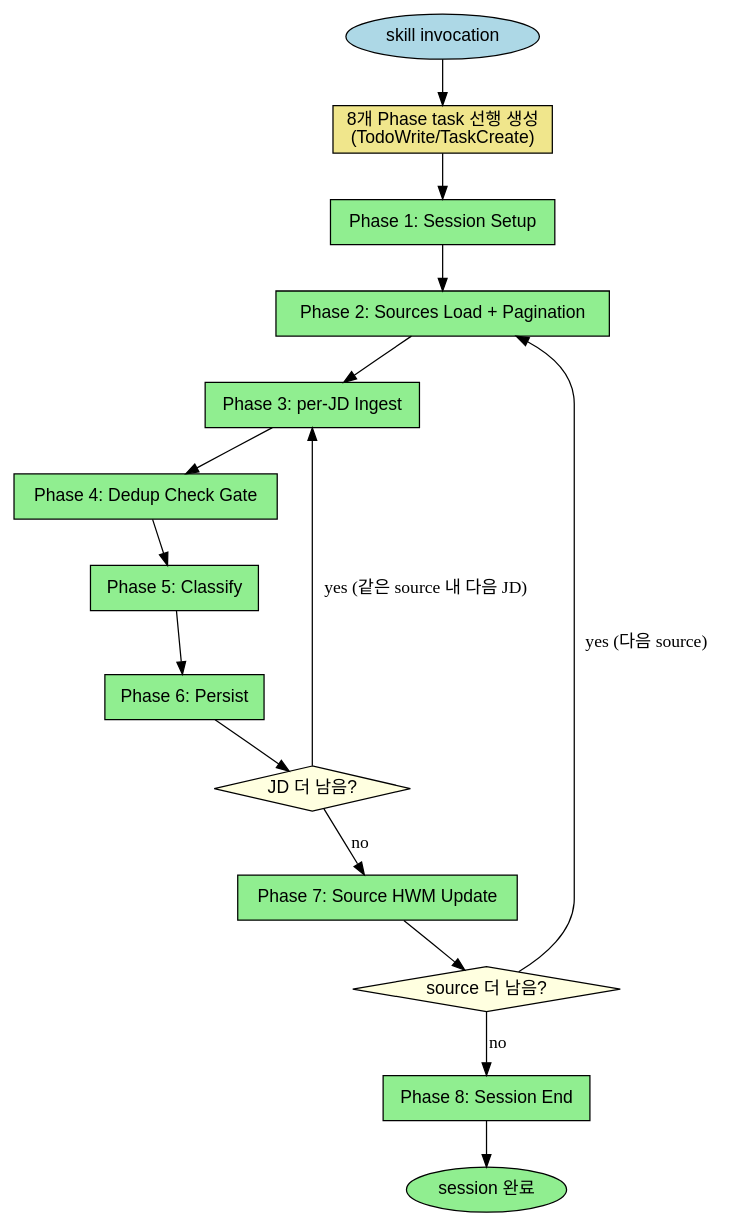
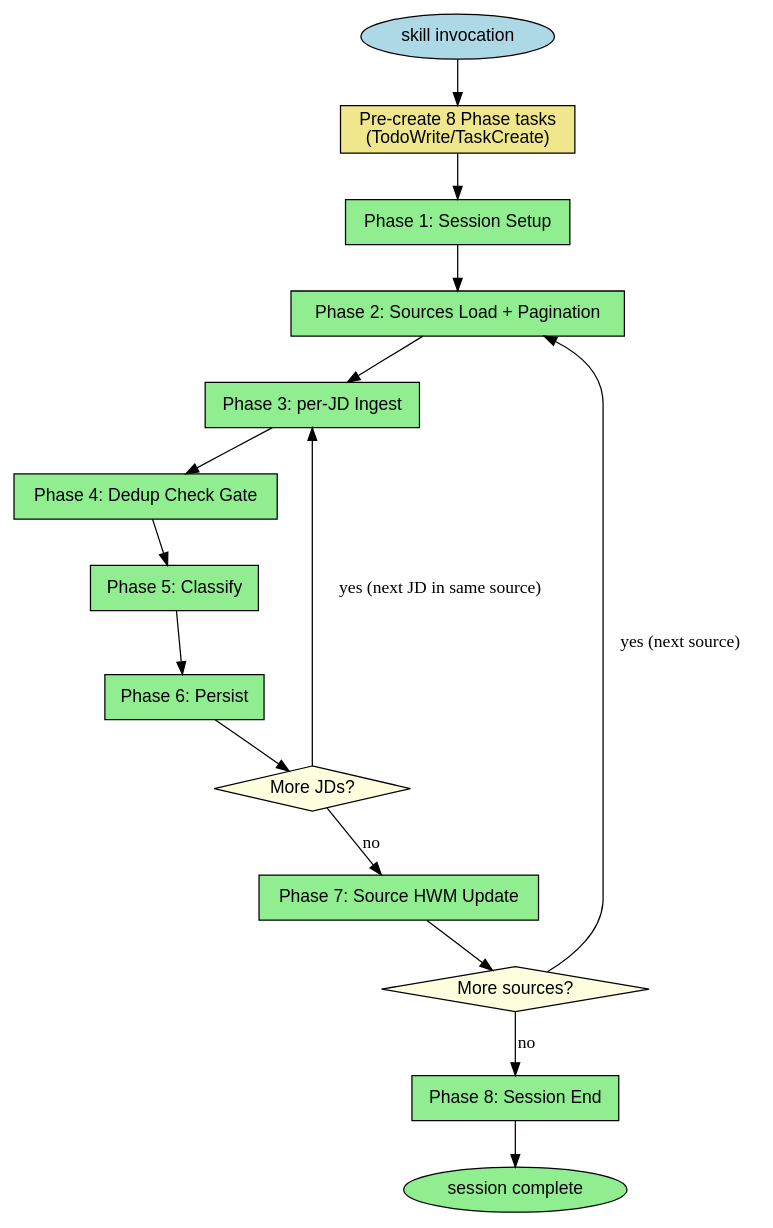
Before and after one commit to toongri/oh-my-toong-playground: the second of 8 diagrams in skills/collect-jd/reference/rules.md, drawn with Graphviz. The commit also changed other lines of this file and 3 other files, not shown here.

````diff
--- a/skills/collect-jd/reference/rules.md
+++ b/skills/collect-jd/reference/rules.md
@@ -139,35 +141,35 @@
 ```dot
 digraph phase_task_creation {
   rankdir=TB;
   node [shape=box, fontname="Helvetica"];
 
   trigger [label="skill invocation", shape=ellipse, style=filled, fillcolor=lightblue];
-  create_tasks [label="8개 Phase task 선행 생성\n(TodoWrite/TaskCreate)", style=filled, fillcolor=khaki];
+  create_tasks [label="Pre-create 8 Phase tasks\n(TodoWrite/TaskCreate)", style=filled, fillcolor=khaki];
   session_setup [label="Phase 1: Session Setup", style=filled, fillcolor=lightgreen];
   sources_load_pagination [label="Phase 2: Sources Load + Pagination", style=filled, fillcolor=lightgreen];
   per_jd_ingest [label="Phase 3: per-JD Ingest", style=filled, fillcolor=lightgreen];
   dedup [label="Phase 4: Dedup Check Gate", style=filled, fillcolor=lightgreen];
   classify [label="Phase 5: Classify", style=filled, fillcolor=lightgreen];
   persist [label="Phase 6: Persist", style=filled, fillcolor=lightgreen];
-  batch_jd_decision [label="JD 더 남음?", shape=diamond, style=filled, fillcolor=lightyellow];
+  batch_jd_decision [label="More JDs?", shape=diamond, style=filled, fillcolor=lightyellow];
   source_hwm_update [label="Phase 7: Source HWM Update", style=filled, fillcolor=lightgreen];
-  batch_source_decision [label="source 더 남음?", shape=diamond, style=filled, fillcolor=lightyellow];
+  batch_source_decision [label="More sources?", shape=diamond, style=filled, fillcolor=lightyellow];
   session_end [label="Phase 8: Session End", style=filled, fillcolor=lightgreen];
-  done [label="session 완료", shape=ellipse, style=filled, fillcolor=lightgreen];
+  done [label="session complete", shape=ellipse, style=filled, fillcolor=lightgreen];
 
   trigger -> create_tasks;
   create_tasks -> session_setup;
   session_setup -> sources_load_pagination;
   sources_load_pagination -> per_jd_ingest;
   per_jd_ingest -> dedup;
   dedup -> classify;
   classify -> persist;
   persist -> batch_jd_decision;
-  batch_jd_decision -> per_jd_ingest [label="yes (같은 source 내 다음 JD)"];
+  batch_jd_decision -> per_jd_ingest [label="yes (next JD in same source)"];
   batch_jd_decision -> source_hwm_update [label="no"];
   source_hwm_update -> batch_source_decision;
-  batch_source_decision -> sources_load_pagination [label="yes (다음 source)"];
+  batch_source_decision -> sources_load_pagination [label="yes (next source)"];
   batch_source_decision -> session_end [label="no"];
   session_end -> done;
 }
 ```
````
